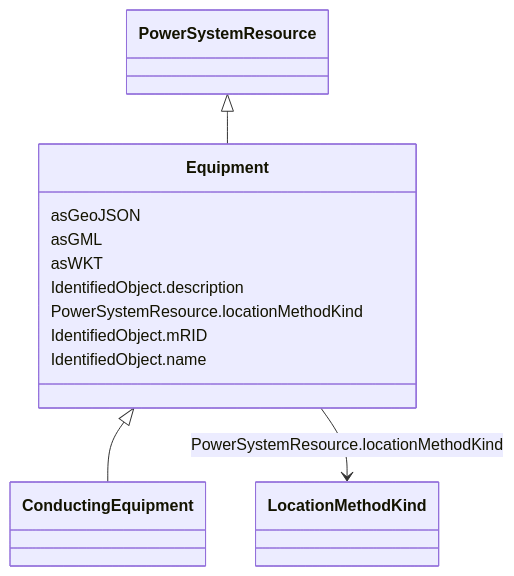
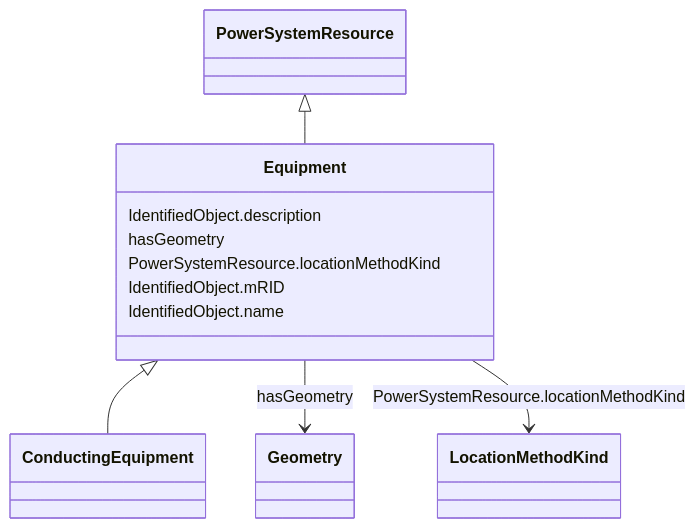
One commit to 3lbits/NoCIMExtensions changed the diagram in docs/AviationObstacle/Equipment.md. Above: the diagram before and after it, drawn with Mermaid. The commit also changed other lines of this file and 61 other files, not shown here.

````diff
--- a/docs/AviationObstacle/Equipment.md
+++ b/docs/AviationObstacle/Equipment.md
@@ -18,31 +18,30 @@
 ```mermaid
  classDiagram
     class Equipment
     click Equipment href "../Equipment"
       PowerSystemResource <|-- Equipment
         click PowerSystemResource href "../PowerSystemResource"
       
 
       Equipment <|-- ConductingEquipment
         click ConductingEquipment href "../ConductingEquipment"
       
       
-      Equipment : asGeoJSON
+      Equipment : IdentifiedObject.description
         
-      Equipment : asGML
+      Equipment : hasGeometry
         
-      Equipment : asWKT
-        
-      Equipment : IdentifiedObject.description
+          Equipment --> Geometry : hasGeometry
+          click Geometry href "../Geometry"
         
       Equipment : PowerSystemResource.locationMethodKind
         
           Equipment --> LocationMethodKind : PowerSystemResource.locationMethodKind
           click LocationMethodKind href "../LocationMethodKind"
         
       Equipment : IdentifiedObject.mRID
         
       Equipment : IdentifiedObject.name
         
       
 ```
````
